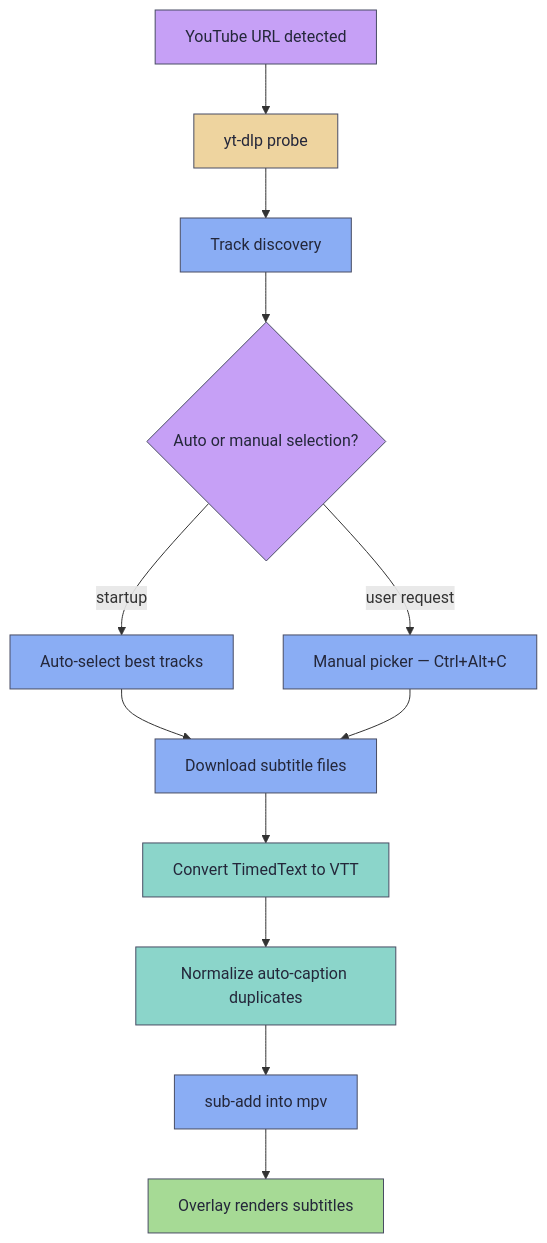
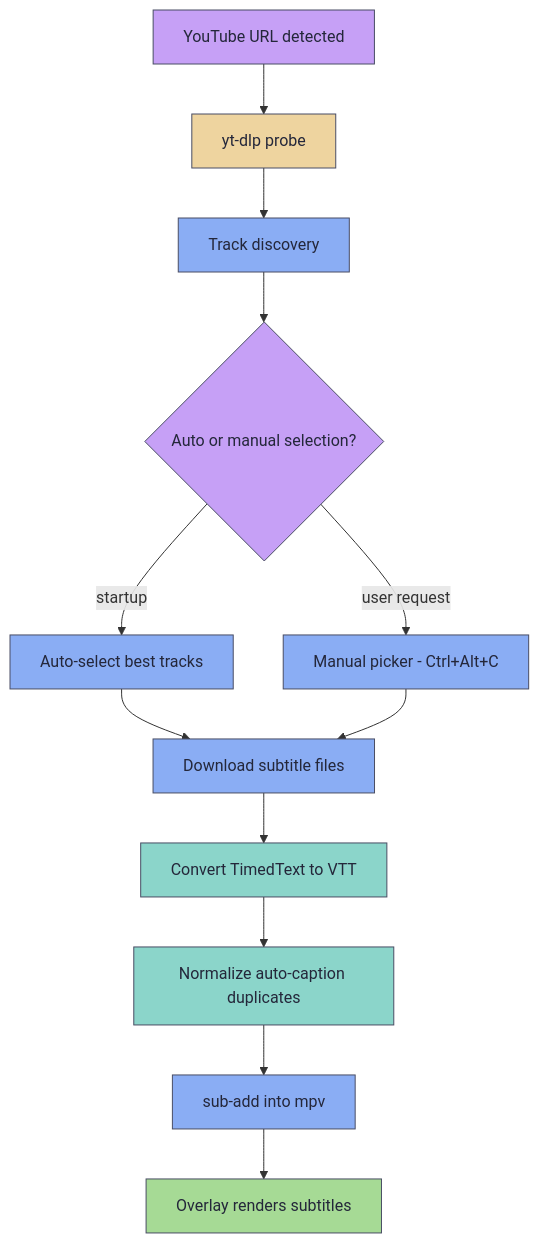
One commit to ksyasuda/SubMiner changed the diagram in docs-site/youtube-integration.md. Above: the diagram before and after it, drawn with Mermaid. The commit also changed other lines of this file and 22 other files, not shown here.

````diff
--- a/docs-site/youtube-integration.md
+++ b/docs-site/youtube-integration.md
@@ -22,32 +22,32 @@
 ```mermaid
 flowchart TD
     classDef step fill:#c6a0f6,stroke:#494d64,color:#24273a
     classDef action fill:#8aadf4,stroke:#494d64,color:#24273a
     classDef result fill:#a6da95,stroke:#494d64,color:#24273a
     classDef enrich fill:#8bd5ca,stroke:#494d64,color:#24273a
     classDef ext fill:#eed49f,stroke:#494d64,color:#24273a
 
     A[YouTube URL detected]:::step
     B[yt-dlp probe]:::ext
     C[Track discovery]:::action
     D{Auto or manual selection?}:::step
     E[Auto-select best tracks]:::action
-    F[Manual picker — Ctrl+Alt+C]:::action
+    F[Manual picker - Ctrl+Alt+C]:::action
     G[Download subtitle files]:::action
     H[Convert TimedText to VTT]:::enrich
     I[Normalize auto-caption duplicates]:::enrich
     K[sub-add into mpv]:::action
     L[Overlay renders subtitles]:::result
 
     A --> B
     B --> C
     C --> D
     D -- startup --> E
     D -- user request --> F
     E --> G
     F --> G
     G --> H
     H --> I
     I --> K
     K --> L
 ```
````
